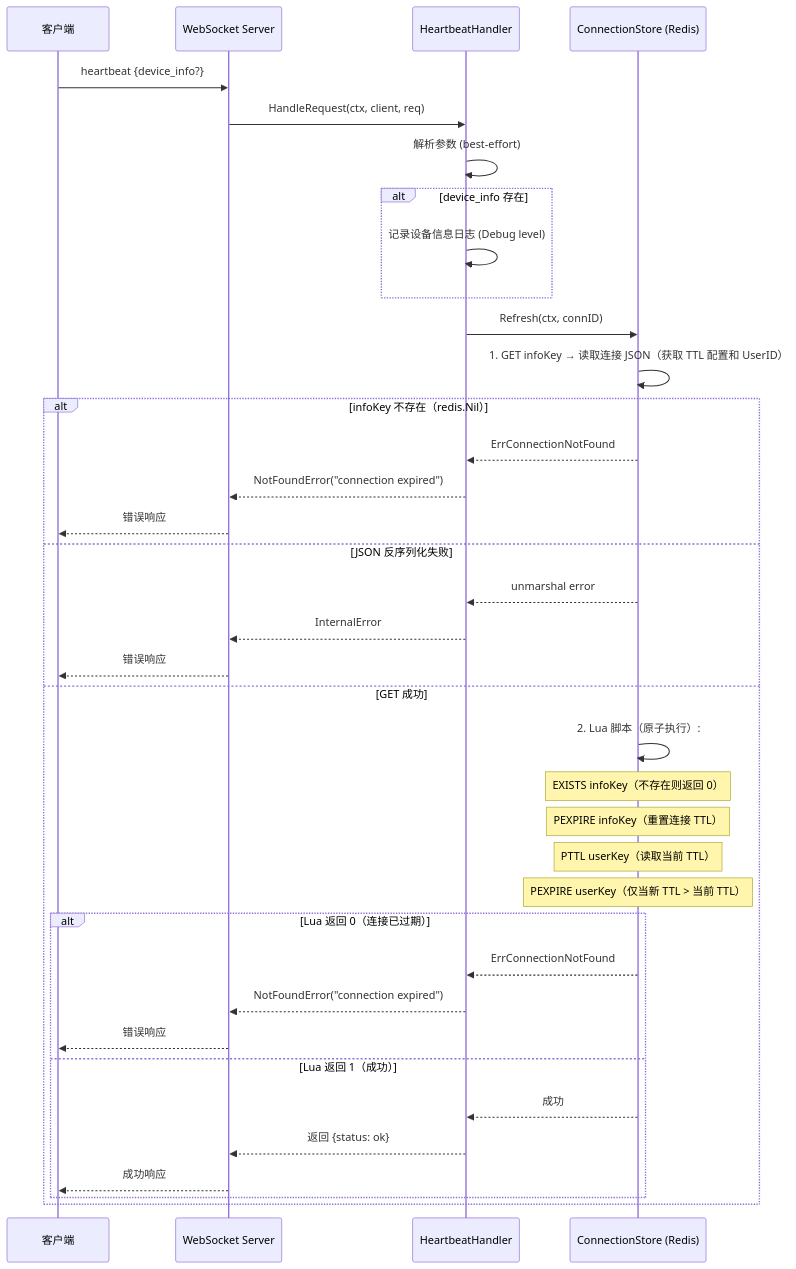
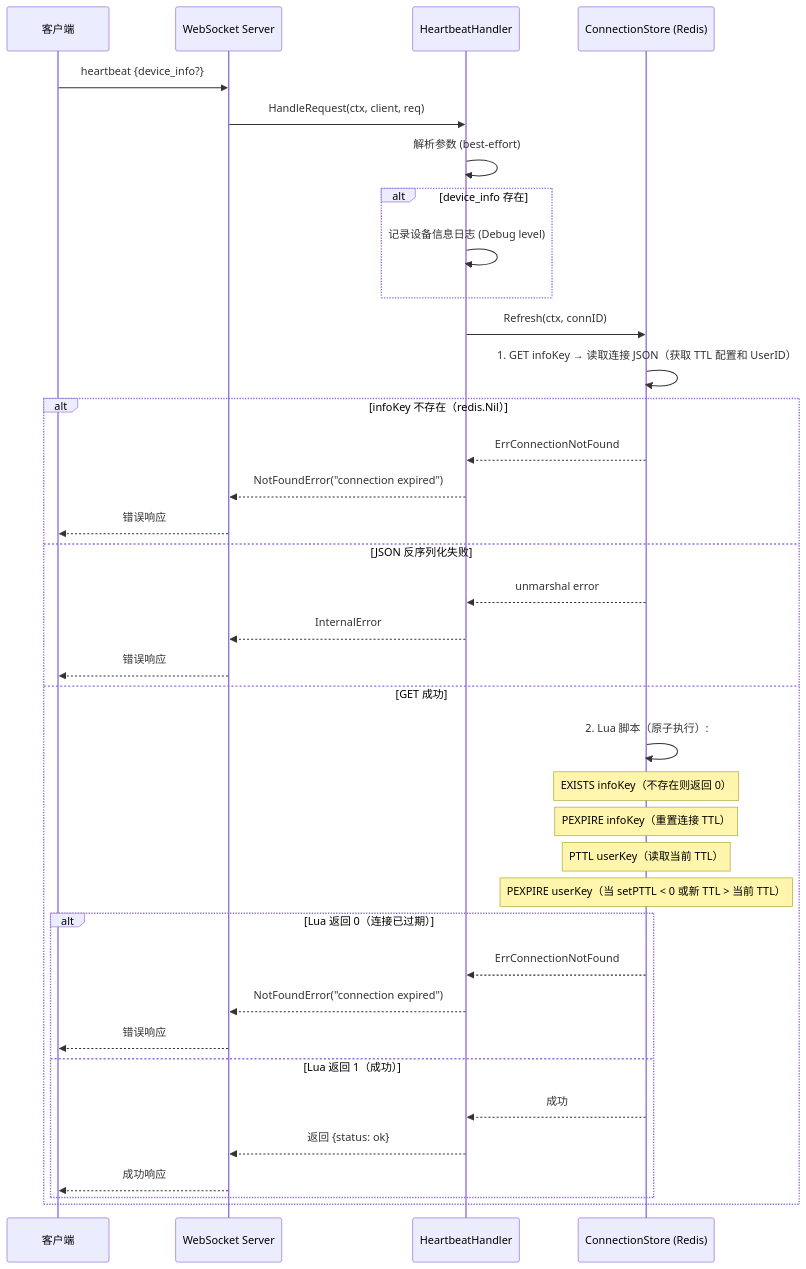
Before and after one commit to PineappleBond/xyncra-server: the first of 5 diagrams in wiki/flows/heartbeat.md, drawn with Mermaid. The commit also changed other lines of this file and 4 other files, not shown here.

First line of the commit message:
docs(wiki): accuracy improvements across flow documents

````diff
--- a/wiki/flows/heartbeat.md
+++ b/wiki/flows/heartbeat.md
@@ -40,45 +40,45 @@
 ```mermaid
 sequenceDiagram
     participant C as 客户端
     participant WS as WebSocket Server
     participant H as HeartbeatHandler
     participant CS as ConnectionStore (Redis)
 
     C->>WS: heartbeat {device_info?}
     WS->>H: HandleRequest(ctx, client, req)
 
     H->>H: 解析参数 (best-effort)
 
     alt device_info 存在
         H->>H: 记录设备信息日志 (Debug level)
     end
 
     H->>CS: Refresh(ctx, connID)
     CS->>CS: 1. GET infoKey → 读取连接 JSON（获取 TTL 配置和 UserID）
 
     alt infoKey 不存在（redis.Nil）
         CS-->>H: ErrConnectionNotFound
         H-->>WS: NotFoundError("connection expired")
         WS-->>C: 错误响应
     else JSON 反序列化失败
         CS-->>H: unmarshal error
         H-->>WS: InternalError
         WS-->>C: 错误响应
     else GET 成功
         CS->>CS: 2. Lua 脚本（原子执行）:
         Note over CS: EXISTS infoKey（不存在则返回 0）
         Note over CS: PEXPIRE infoKey（重置连接 TTL）
         Note over CS: PTTL userKey（读取当前 TTL）
-        Note over CS: PEXPIRE userKey（仅当新 TTL > 当前 TTL）
+        Note over CS: PEXPIRE userKey（当 setPTTL < 0 或新 TTL > 当前 TTL）
 
         alt Lua 返回 0（连接已过期）
             CS-->>H: ErrConnectionNotFound
             H-->>WS: NotFoundError("connection expired")
             WS-->>C: 错误响应
         else Lua 返回 1（成功）
             CS-->>H: 成功
             H-->>WS: 返回 {status: ok}
             WS-->>C: 成功响应
         end
     end
 ```
````
